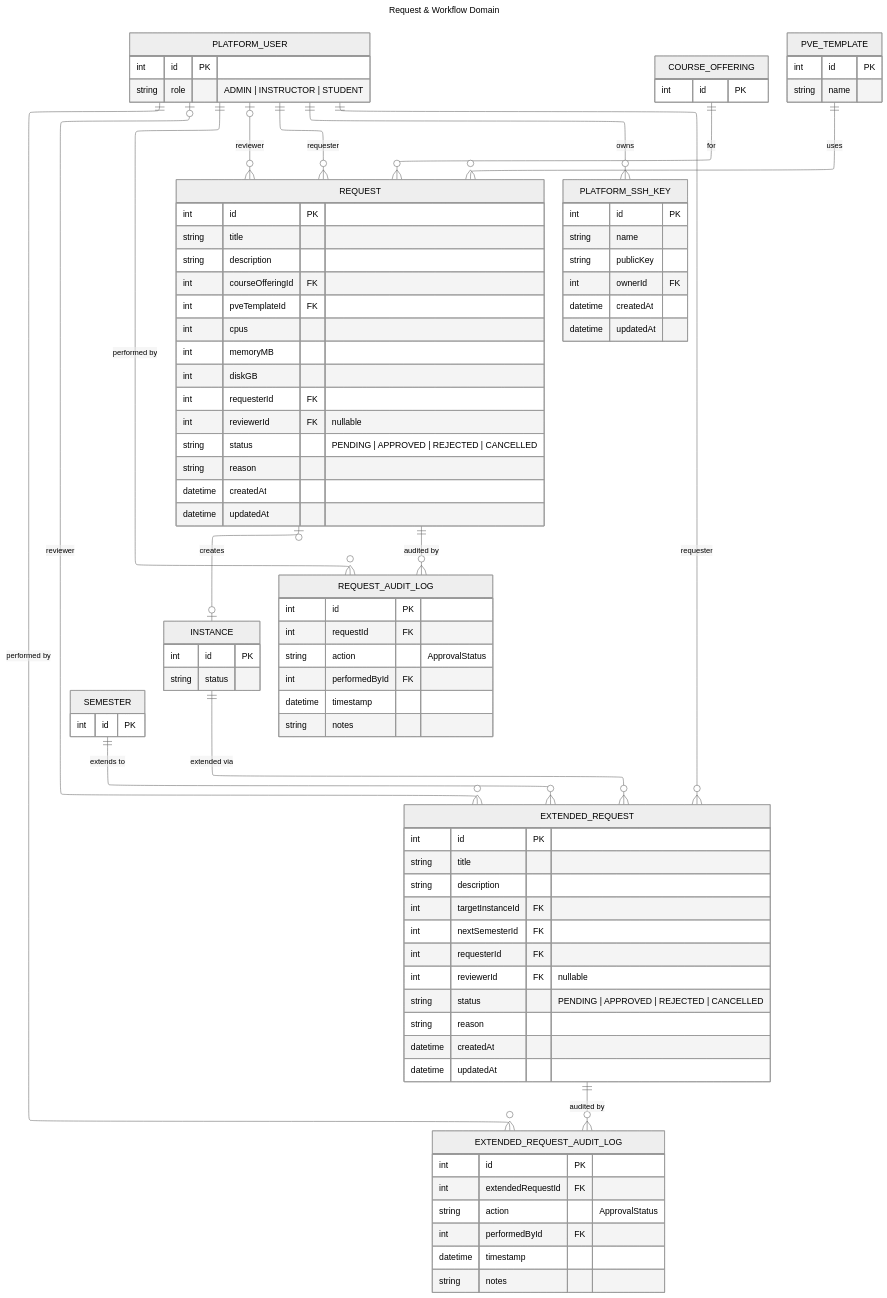
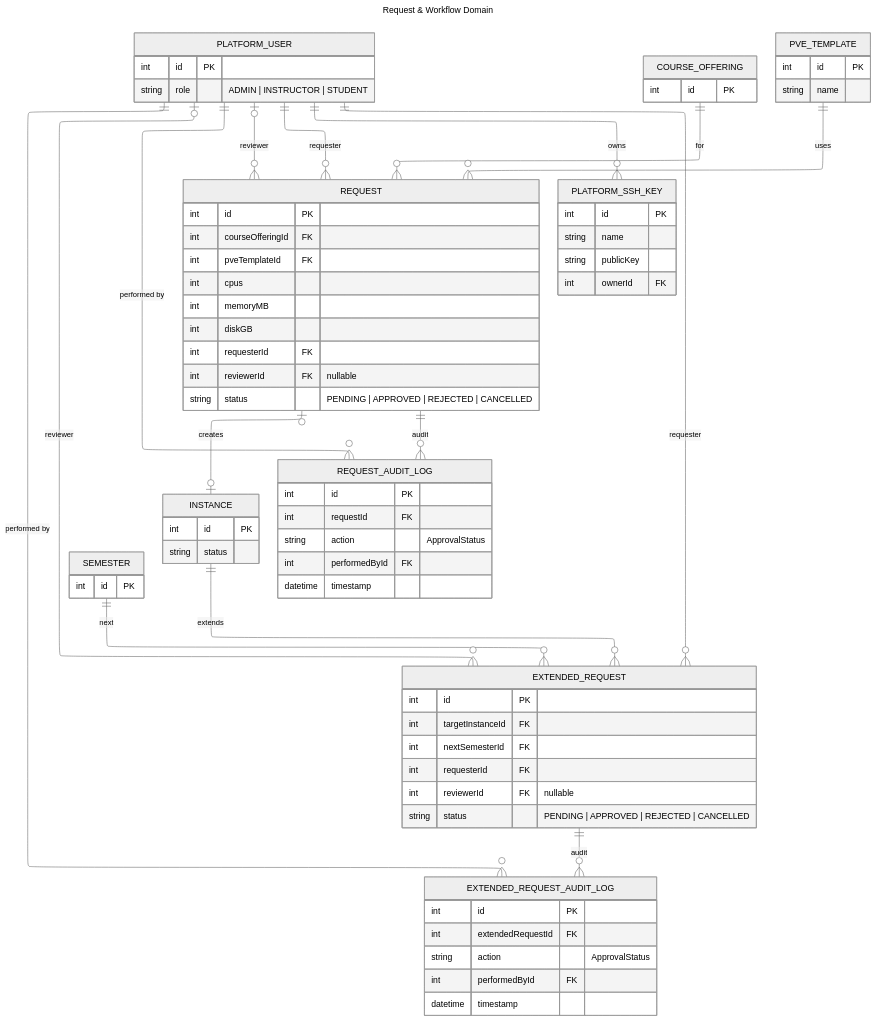
Before and after one commit to akikungz/yuuka: the diagram in docs/database/db-request.mmd, drawn with Mermaid. The commit also changed 29 other files, not shown here.

```diff
--- a/docs/database/db-request.mmd
+++ b/docs/database/db-request.mmd
@@ -1,105 +1,102 @@
 ---
 title: Request & Workflow Domain
 config:
   layout: elk
   theme: neutral
 ---
 erDiagram
+	direction TB
+  %% Print-friendly (A4): attribute lists are trimmed to keep tables compact.
+  %% For full columns (timestamps, long text fields), refer to the Prisma schema.
 
+  %% ── Actors ─────────────────────────────────────────────────────────────────
   PLATFORM_USER {
     int    id   PK
     string role "ADMIN | INSTRUCTOR | STUDENT"
   }
 
+  %% ── Academic Context ───────────────────────────────────────────────────────
   COURSE_OFFERING {
     int id PK
   }
 
   SEMESTER {
     int id PK
   }
 
+  %% ── PVE Template (requested spec) ──────────────────────────────────────────
   PVE_TEMPLATE {
     int    id   PK
     string name
   }
 
+  %% ── Instance (created/extended) ────────────────────────────────────────────
   INSTANCE {
     int    id     PK
     string status
   }
 
+  %% ── Requests ───────────────────────────────────────────────────────────────
   REQUEST {
     int      id               PK
-    string   title
-    string   description
     int      courseOfferingId FK
     int      pveTemplateId    FK
     int      cpus
     int      memoryMB
     int      diskGB
     int      requesterId      FK
     int      reviewerId       FK "nullable"
     string   status           "PENDING | APPROVED | REJECTED | CANCELLED"
-    string   reason
-    datetime createdAt
-    datetime updatedAt
   }
 
   EXTENDED_REQUEST {
     int      id               PK
-    string   title
-    string   description
     int      targetInstanceId FK
     int      nextSemesterId   FK
     int      requesterId      FK
     int      reviewerId       FK "nullable"
     string   status           "PENDING | APPROVED | REJECTED | CANCELLED"
-    string   reason
-    datetime createdAt
-    datetime updatedAt
   }
 
+  %% ── Audit ──────────────────────────────────────────────────────────────────
   REQUEST_AUDIT_LOG {
     int      id            PK
     int      requestId     FK
     string   action        "ApprovalStatus"
     int      performedById FK
     datetime timestamp
-    string   notes
   }
 
   EXTENDED_REQUEST_AUDIT_LOG {
     int      id                PK
     int      extendedRequestId FK
     string   action            "ApprovalStatus"
     int      performedById     FK
     datetime timestamp
-    string   notes
   }
 
+  %% ── SSH Keys ───────────────────────────────────────────────────────────────
   PLATFORM_SSH_KEY {
     int      id        PK
     string   name
     string   publicKey
     int      ownerId   FK
-    datetime createdAt
-    datetime updatedAt
   }
 
-  COURSE_OFFERING  ||--o{ REQUEST                    : "for"
-  PVE_TEMPLATE     ||--o{ REQUEST                    : "uses"
-  PLATFORM_USER    ||--o{ REQUEST                    : "requester"
-  PLATFORM_USER    |o--o{ REQUEST                    : "reviewer"
-  REQUEST          |o--o| INSTANCE                   : "creates"
-  REQUEST          ||--o{ REQUEST_AUDIT_LOG           : "audited by"
-  PLATFORM_USER    ||--o{ REQUEST_AUDIT_LOG           : "performed by"
+  %% ── Relationships ──────────────────────────────────────────────────────────
+  COURSE_OFFERING  ||--o{ REQUEST                   : "for"
+  PVE_TEMPLATE     ||--o{ REQUEST                   : "uses"
+  PLATFORM_USER    ||--o{ REQUEST                   : "requester"
+  PLATFORM_USER    |o--o{ REQUEST                   : "reviewer"
+  REQUEST          |o--o| INSTANCE                  : "creates"
+  REQUEST          ||--o{ REQUEST_AUDIT_LOG          : "audit"
+  PLATFORM_USER    ||--o{ REQUEST_AUDIT_LOG          : "performed by"
 
-  INSTANCE         ||--o{ EXTENDED_REQUEST            : "extended via"
-  SEMESTER         ||--o{ EXTENDED_REQUEST            : "extends to"
-  PLATFORM_USER    ||--o{ EXTENDED_REQUEST            : "requester"
-  PLATFORM_USER    |o--o{ EXTENDED_REQUEST            : "reviewer"
-  EXTENDED_REQUEST ||--o{ EXTENDED_REQUEST_AUDIT_LOG  : "audited by"
-  PLATFORM_USER    ||--o{ EXTENDED_REQUEST_AUDIT_LOG  : "performed by"
+  INSTANCE         ||--o{ EXTENDED_REQUEST           : "extends"
+  SEMESTER         ||--o{ EXTENDED_REQUEST           : "next"
+  PLATFORM_USER    ||--o{ EXTENDED_REQUEST           : "requester"
+  PLATFORM_USER    |o--o{ EXTENDED_REQUEST           : "reviewer"
+  EXTENDED_REQUEST ||--o{ EXTENDED_REQUEST_AUDIT_LOG : "audit"
+  PLATFORM_USER    ||--o{ EXTENDED_REQUEST_AUDIT_LOG : "performed by"
 
-  PLATFORM_USER    ||--o{ PLATFORM_SSH_KEY            : "owns"
+  PLATFORM_USER    ||--o{ PLATFORM_SSH_KEY           : "owns"
```
